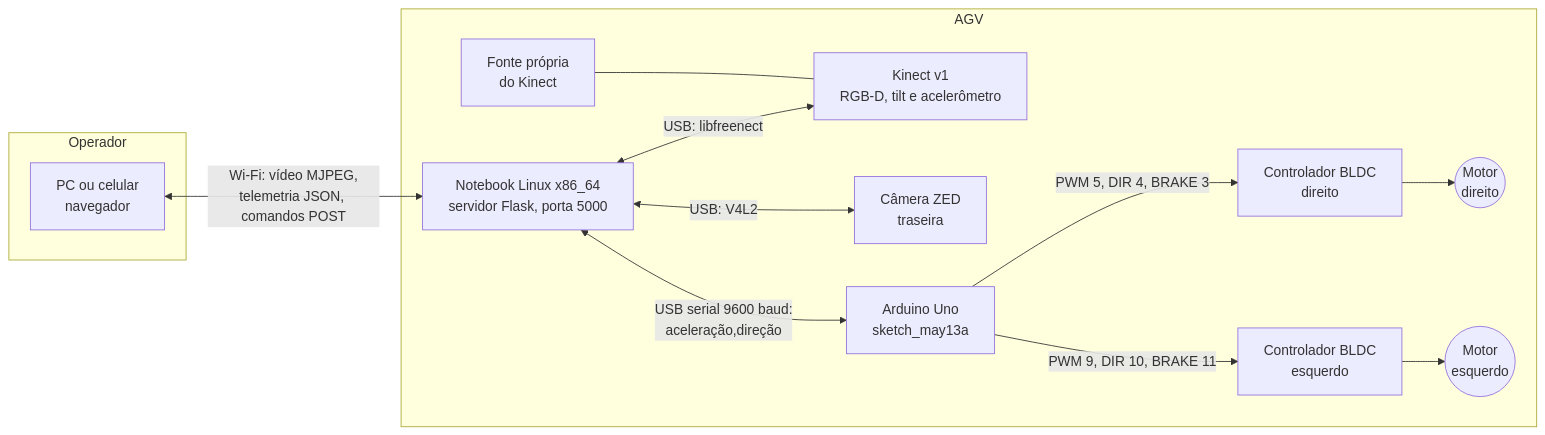
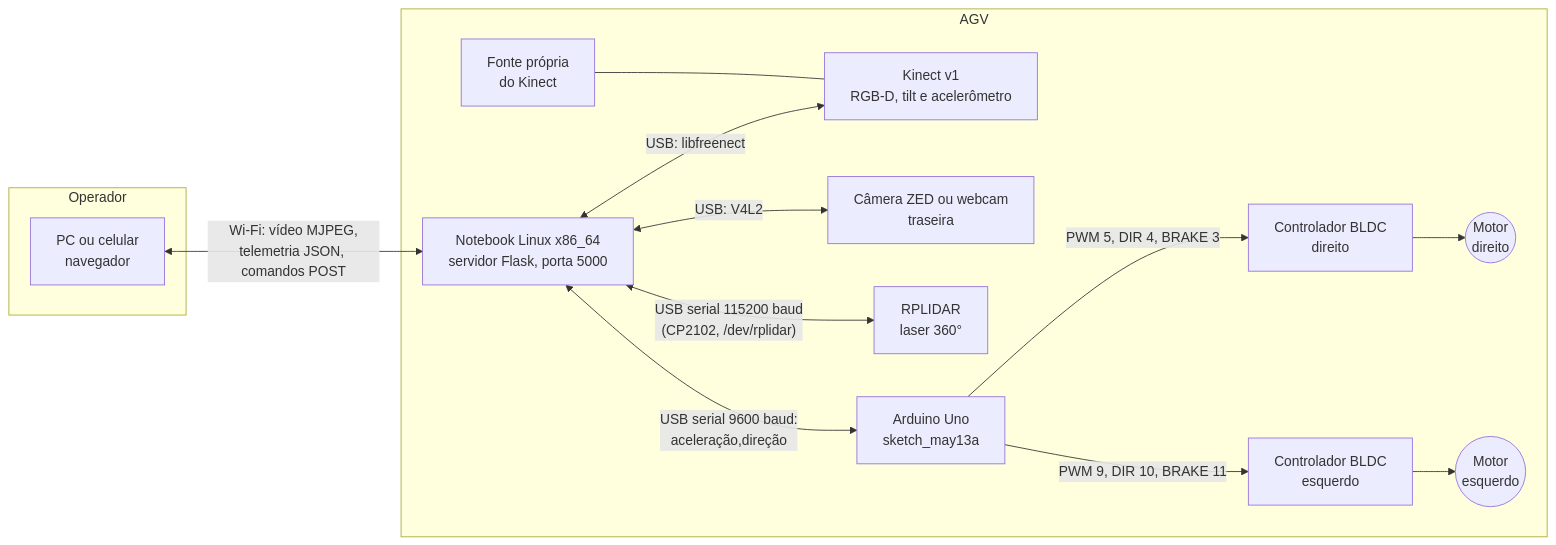
Before and after one commit to Kauan-V-Marques/AGV: the first of 22 diagrams in README.md, drawn with Mermaid. The commit also changed other lines of this file and 1 other file, not shown here.

First line of the commit message:
docs: README e CHANGELOG do RPLIDAR, da webcam e do ambiente no notebook do AGV

````diff
--- a/README.md
+++ b/README.md
@@ -331,26 +341,28 @@
 ```mermaid
 flowchart LR
     subgraph OPER["Operador"]
         PC["PC ou celular<br/>navegador"]
     end
     subgraph AGV["AGV"]
         NB["Notebook Linux x86_64<br/>servidor Flask, porta 5000"]
         KIN["Kinect v1<br/>RGB-D, tilt e acelerômetro"]
         FONTE["Fonte própria<br/>do Kinect"]
-        ZED["Câmera ZED<br/>traseira"]
+        ZED["Câmera ZED ou webcam<br/>traseira"]
+        LID["RPLIDAR<br/>laser 360°"]
         ARD["Arduino Uno<br/>sketch_may13a"]
         C1["Controlador BLDC<br/>direito"]
         C2["Controlador BLDC<br/>esquerdo"]
         M1(("Motor<br/>direito"))
         M2(("Motor<br/>esquerdo"))
     end
     PC <-->|"Wi-Fi: vídeo MJPEG,<br/>telemetria JSON, comandos POST"| NB
     NB <-->|"USB: libfreenect"| KIN
     FONTE --- KIN
     NB <-->|"USB: V4L2"| ZED
+    NB <-->|"USB serial 115200 baud<br/>(CP2102, /dev/rplidar)"| LID
     NB <-->|"USB serial 9600 baud:<br/>aceleração,direção"| ARD
     ARD -->|"PWM 5, DIR 4, BRAKE 3"| C1
     ARD -->|"PWM 9, DIR 10, BRAKE 11"| C2
     C1 --> M1
     C2 --> M2
 ```
````
